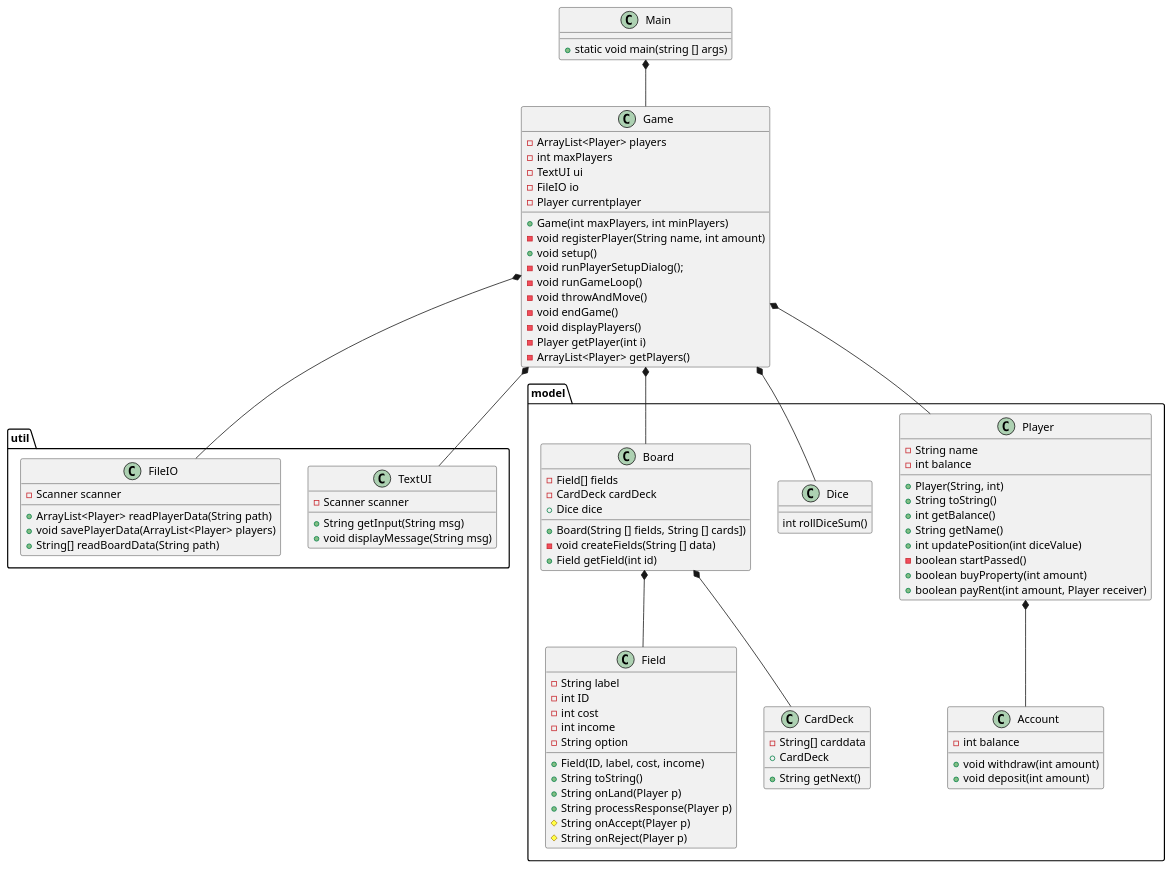
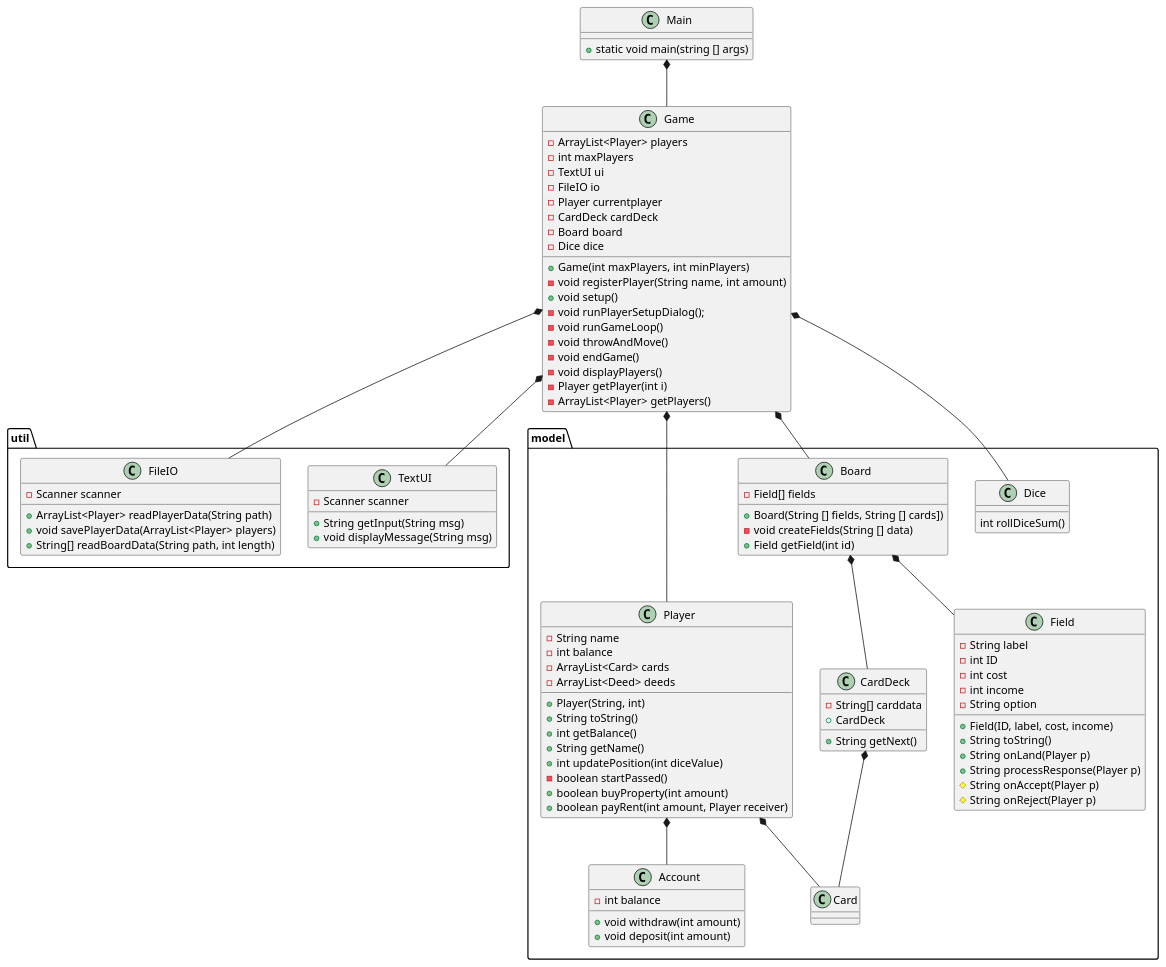
Before and after one commit to tessG/Monopoly24: the diagram in doc/classdiagram_4.puml, drawn with PlantUML. The commit also changed 1 other file, not shown here.

```diff
--- a/doc/classdiagram_4.puml
+++ b/doc/classdiagram_4.puml
@@ -1,105 +1,108 @@
 @startuml
 'Domænemodellen giver nye entity klasser
 'Pakker, model og util
 
 
 class Main
 class Game
 package "util"{
     class TextUI
     class FileIO
 }
 
 package "model"{
     class Player
     class Field
       class Dice
       class Account
       class CardDeck
+       class Card
       class Board
 }
 
 Main *-- Game
 Game *-- TextUI
 Game *-- FileIO
 Game *-- Player
 Player *-- Account
+Player *-- Card
 Game *--Board
 Game *-- Dice
 Board *-- Field
 Board *-- CardDeck
-
+CardDeck *-- Card
 
 
 Main : + static void main(string [] args)
 
 Player  : - String name
 Player  : - int balance
 Player  : + Player(String, int)
 Player  : + String toString()
 Player  : + int getBalance()
 Player : + String getName()
-
 '-----------new:
 Player  : +int updatePosition(int diceValue)
 Player : -boolean startPassed()
 Player : + boolean buyProperty(int amount)
 Player : + boolean payRent(int amount, Player receiver)
-
+Player : - ArrayList<Card> cards
+Player : - ArrayList<Deed> deeds
 Account :  - int balance
 Account  : + void withdraw(int amount)
 Account  : + void deposit(int amount)
 
 
 Game : - ArrayList<Player> players
 Game : - int maxPlayers
 Game : - TextUI ui
 Game : - FileIO io
 Game : - Player currentplayer
+Game : - CardDeck cardDeck
+Game : - Board board
+Game : - Dice dice
 Game : + Game(int maxPlayers, int minPlayers)
 Game : - void registerPlayer(String name, int amount)
 Game : + void setup()
 Game : - void runPlayerSetupDialog();
 Game : - void runGameLoop()
 Game : - void throwAndMove()
 Game : - void endGame()
 Game : - void displayPlayers()
 Game : - Player getPlayer(int i)
 Game : - ArrayList<Player> getPlayers()
 
 TextUI : + String getInput(String msg)
 TextUI : - Scanner scanner
 TextUI : + void displayMessage(String msg)
 
 
 FileIO : - Scanner scanner
 FileIO : + ArrayList<Player> readPlayerData(String path)
 FileIO : + void savePlayerData(ArrayList<Player> players)
-FileIO : + String[] readBoardData(String path)
+FileIO : + String[] readBoardData(String path, int length)
 
 Field : - String label
 Field : - int ID
 Field : - int cost
 Field : - int income
 Field : - String option
 Field : + Field(ID, label, cost, income)
 Field : + String toString()
 Field : + String onLand(Player p)
 Field : + String processResponse(Player p)
 Field : # String onAccept(Player p)
 Field : # String onReject(Player p)
 
 
 Board : - Field[] fields
-Board : - CardDeck cardDeck
-Board : + Dice dice
 Board : + Board(String [] fields, String [] cards])
 Board : - void createFields(String [] data)
 Board : + Field getField(int id)
 
 CardDeck : - String[] carddata
 CardDeck : + CardDeck
 CardDeck : + String getNext()
 
 Dice : int rollDiceSum()
 @enduml
```
